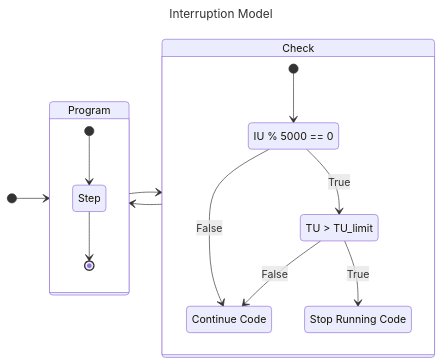
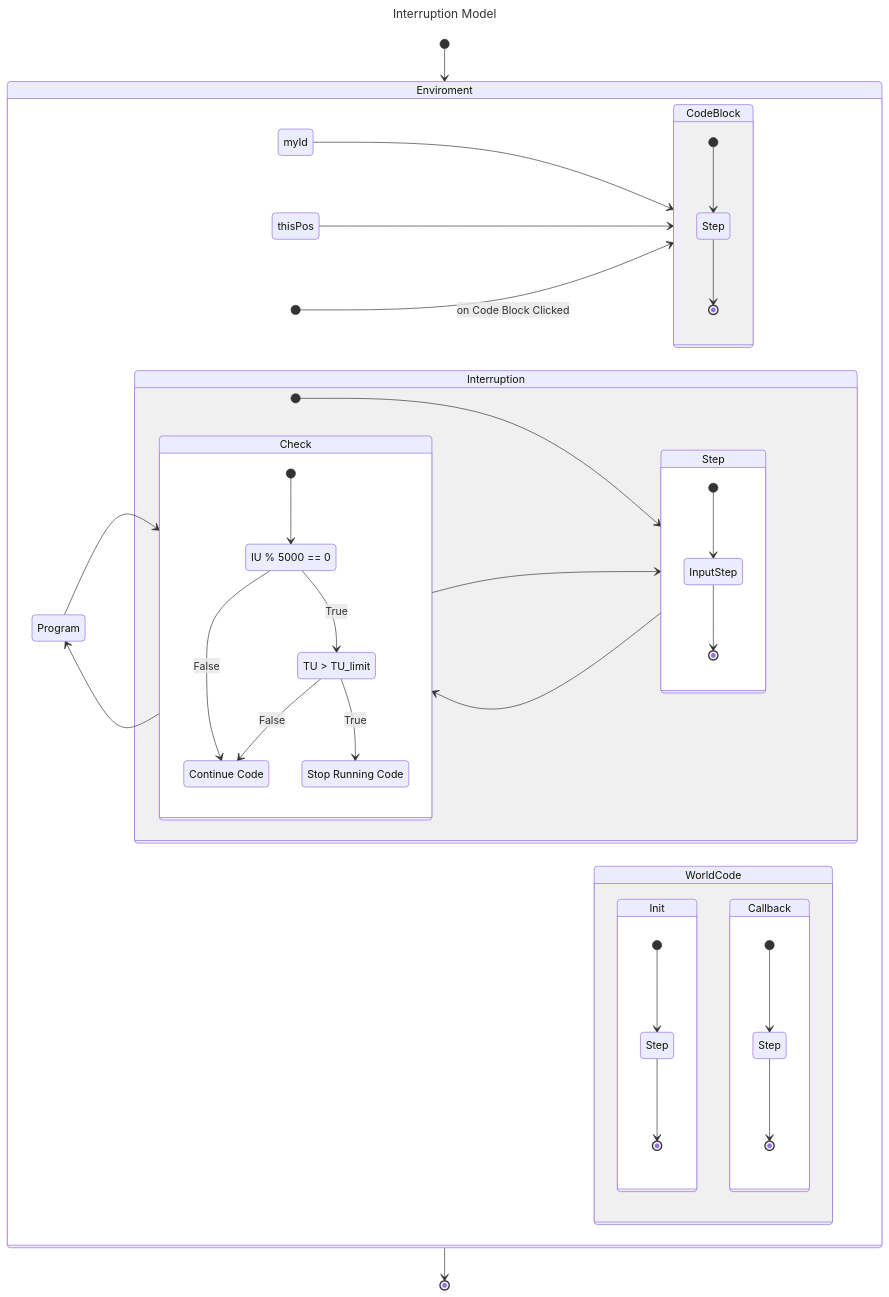
The diagram in README.md (GlitchHunterCoder/GlitchHunterCoder), drawn with Mermaid before and after one commit.

````diff
--- a/README.md
+++ b/README.md
@@ -32,27 +32,55 @@
 ```mermaid
 ---
 title: Interruption Model
 ---
 stateDiagram-v2
+  [*] --> Enviroment
+  Enviroment --> [*]
+  state Enviroment {
     direction LR
-    [*] --> Program
+    myId --> CodeBlock
+    thisPos --> CodeBlock
+    [*] --> CodeBlock: on Code Block Clicked
     Program --> Check
     Check --> Program
-    state Program {
-        [*] --> Step
-        Step --> [*]
+    
+    state CodeBlock {
+      A: Step
+      [*] --> A
+      A --> [*]
     }
-
-    state Check {
+    
+    state WorldCode {
+      state Init {
+        B: Step
+        [*] --> B
+        B --> [*]
+      }
+      state Callback {
+        C: Step
+        [*] --> C
+        C --> [*]
+      }
+    }
+    state Interruption {
+      [*] --> Step
+      Step --> Check
+      Check --> Step
+      state Step {
+        [*] --> InputStep
+        InputStep --> [*]
+      }
+      state Check {
         [*] --> IU
         IU: IU % 5000 == 0
         IU --> Cont: False
         IU --> TU: True
         TU: TU > TU_limit
         TU --> StopCode: True
         StopCode: Stop Running Code
         TU --> Cont: False
         Cont: Continue Code
+      }
     }
-
+  }
 ```
````
